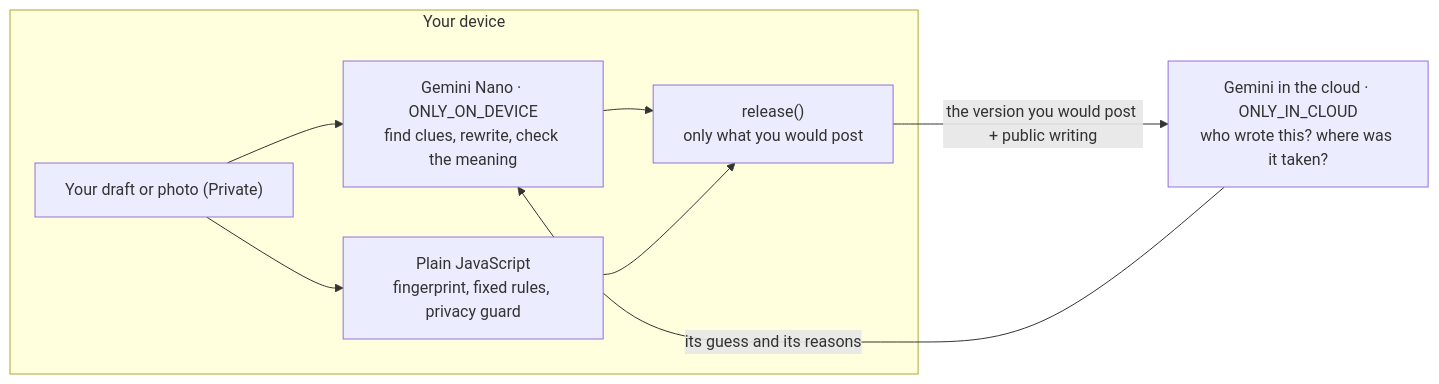
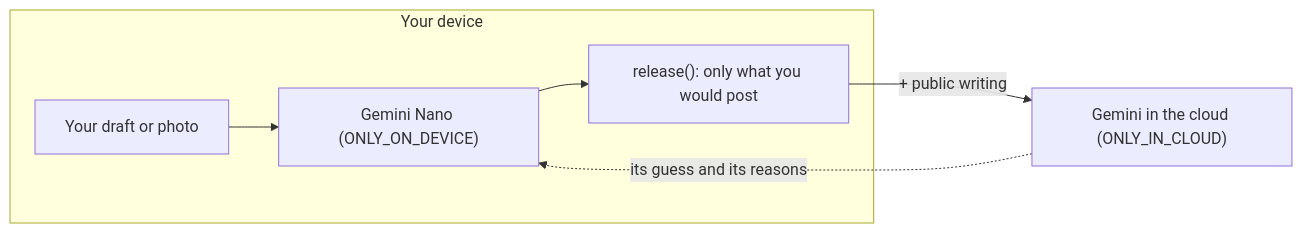
Before and after one commit to Ruby570bocadito/throwaway: the diagram in README.md, drawn with Mermaid.

Commit message:
Keep the README diagram on one row so it fits GitHub's viewer

````diff
--- a/README.md
+++ b/README.md
@@ -44,11 +44,8 @@
 ```mermaid
 flowchart LR
   subgraph device["Your device"]
-    secret["Your draft or photo (Private)"] --> nano["Gemini Nano · ONLY_ON_DEVICE<br/>find clues, rewrite, check the meaning"]
-    secret --> js["Plain JavaScript<br/>fingerprint, fixed rules, privacy guard"]
-    nano --> out["release()<br/>only what you would post"]
-    js --> out
+    secret["Your draft or photo"] --> nano["Gemini Nano (ONLY_ON_DEVICE)"] --> out["release(): only what you would post"]
   end
-  out -- "the version you would post + public writing" --> attacker["Gemini in the cloud · ONLY_IN_CLOUD<br/>who wrote this? where was it taken?"]
-  attacker -- "its guess and its reasons" --> nano
+  out -->|"+ public writing"| attacker["Gemini in the cloud (ONLY_IN_CLOUD)"]
+  attacker -.->|"its guess and its reasons"| nano
 ```
````
